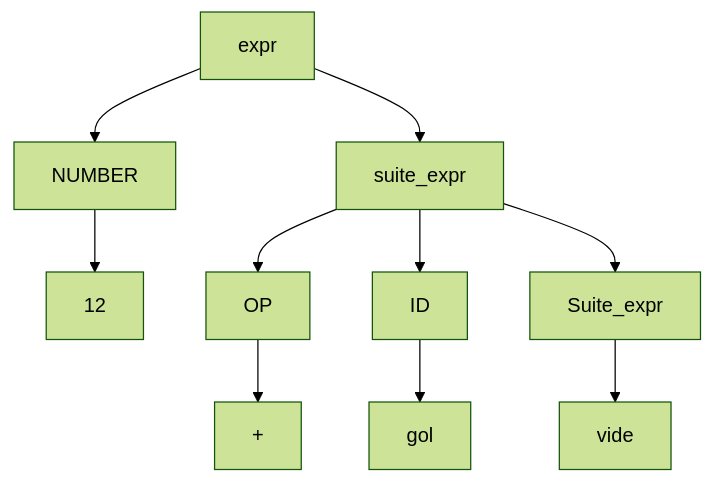
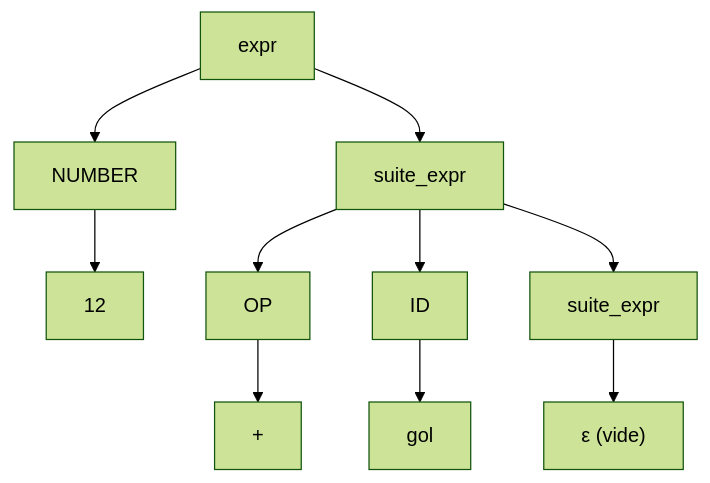
Before and after one commit to RonanFreezy/L3: the third of 8 diagrams in L3/S5/Compilation/Cm.md, drawn with Mermaid (forest theme). The commit also changed other lines of this file, not shown here.

````diff
--- a/L3/S5/Compilation/Cm.md
+++ b/L3/S5/Compilation/Cm.md
@@ -206,15 +138,14 @@
 ```mermaid
-graph
+graph TD
+    expr --> NUMBER
+    expr --> suite_expr
 
-expr-->NUMBER
-expr-->suite_expr
+    NUMBER --> 12
+    suite_expr --> OP
+    suite_expr --> ID
+    suite_expr --> s2["suite_expr"]
 
-NUMBER-->12
-suite_expr-->OP
-suite_expr-->ID
-suite_expr-->Suite_expr
-
-OP-->+
-ID --> gol
-Suite_expr --> vide
+    OP --> +
+    ID --> gol
+    s2 --> vide["ε (vide)"]
 ```
````
